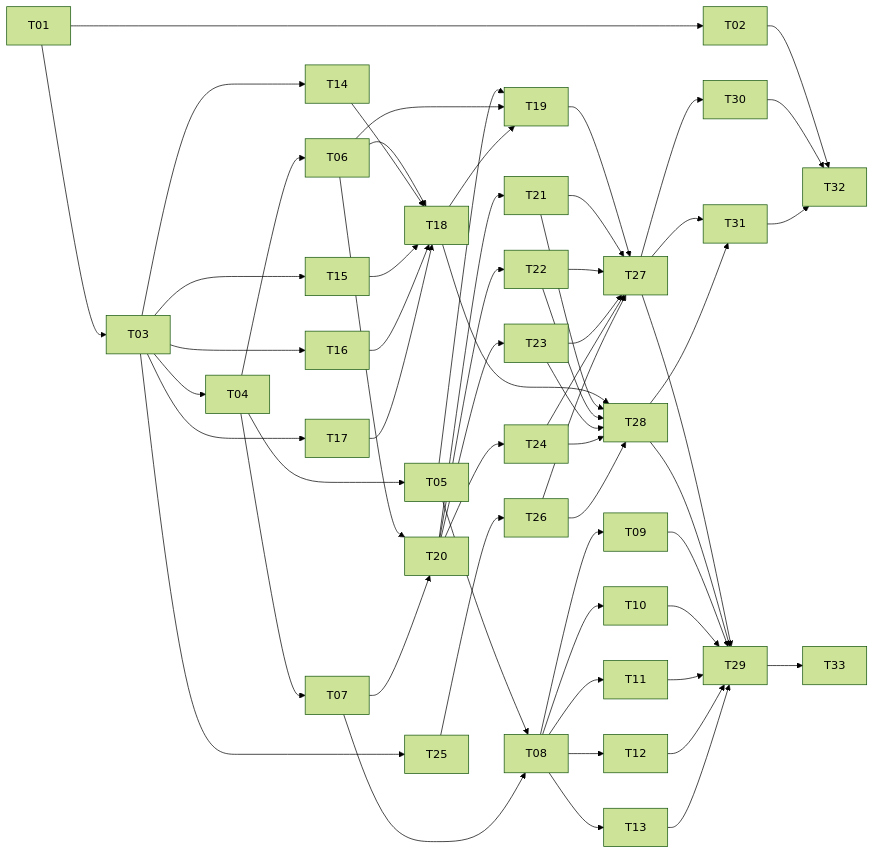
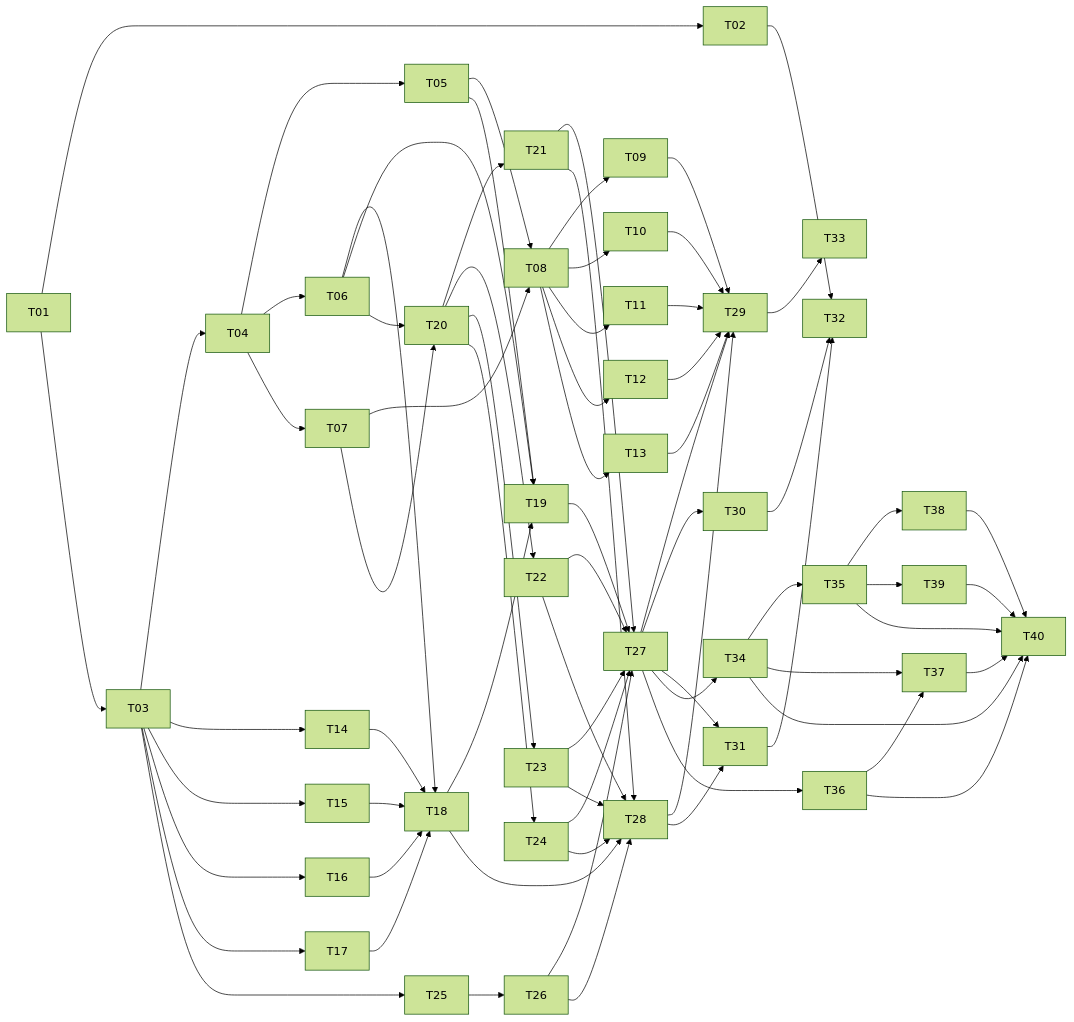
Before and after one commit to qivora-labs/agentinit: the diagram in docs/tasks/README.md, drawn with Mermaid (forest theme). The commit also changed other lines of this file and 8 other files, not shown here.

````diff
--- a/docs/tasks/README.md
+++ b/docs/tasks/README.md
@@ -46,23 +46,28 @@
 ```mermaid
 graph LR
   T01 --> T02
   T01 --> T03
   T03 --> T04
   T04 --> T05 & T06 & T07
   T05 & T07 --> T08
   T08 --> T09 & T10 & T11 & T12 & T13
   T03 --> T14 & T15 & T16 & T17
   T06 & T14 & T15 & T16 & T17 --> T18
   T05 & T06 & T18 --> T19
   T06 & T07 --> T20
   T20 --> T21 & T22 & T23 & T24
   T03 --> T25
   T25 --> T26
   T19 & T21 & T22 & T23 & T24 & T26 --> T27
   T18 & T21 & T22 & T23 & T24 & T26 --> T28
   T27 & T28 & T09 & T10 & T11 & T12 & T13 --> T29
   T27 --> T30
   T27 & T28 --> T31
   T02 & T30 & T31 --> T32
   T29 --> T33
+  T27 --> T34 & T36
+  T34 --> T35
+  T34 & T36 --> T37
+  T35 --> T38 & T39
+  T34 & T35 & T36 & T37 & T38 & T39 --> T40
 ```
````
